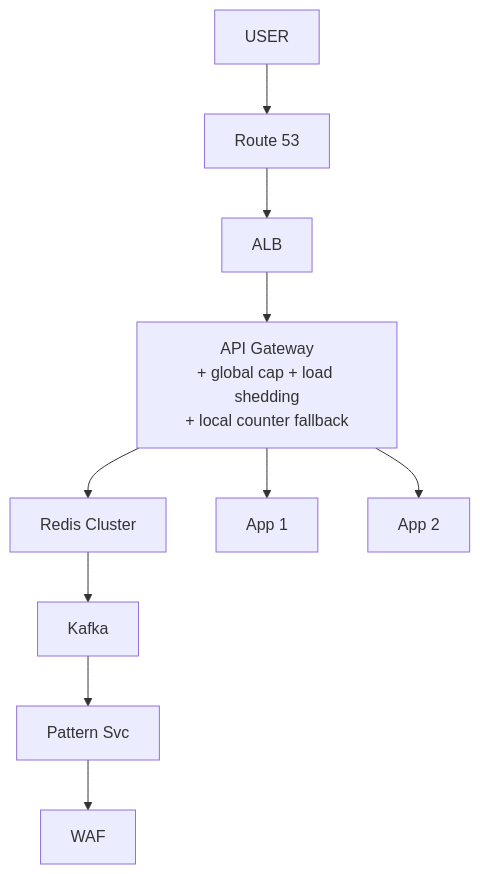
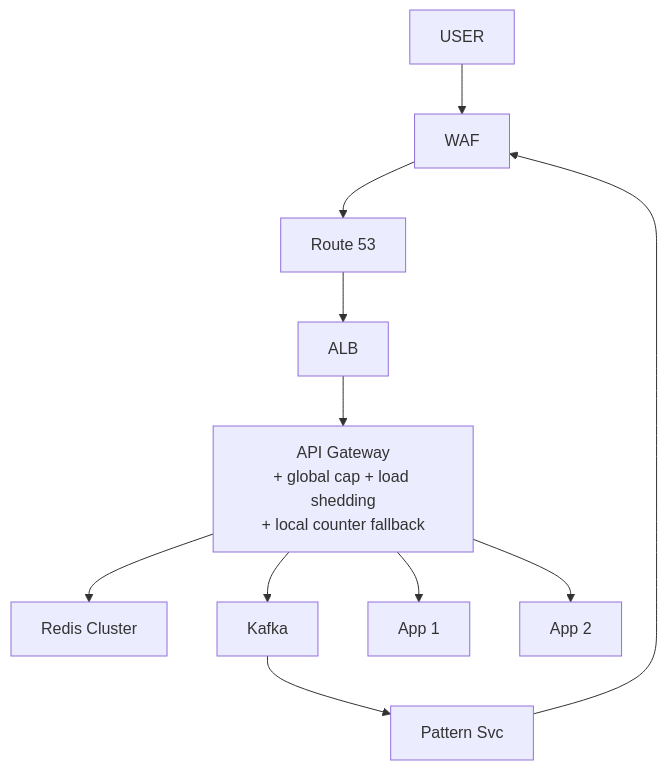
Before and after one commit to ArpanMaheshwari144/Prep: the eighth of 9 diagrams in 04_HLD/SYSTEM_DESIGNS/02_rate_limiter/02_rate_limiter.md, drawn with Mermaid. The commit also changed other lines of this file and 12 other files, not shown here.

````diff
--- a/04_HLD/SYSTEM_DESIGNS/02_rate_limiter/02_rate_limiter.md
+++ b/04_HLD/SYSTEM_DESIGNS/02_rate_limiter/02_rate_limiter.md
@@ -382,22 +384,23 @@
 ```mermaid
 flowchart TD
     n_USER["USER"]
     n_Route_53["Route 53"]
     n_ALB["ALB"]
     n_API_Gateway["API Gateway<br/>+ global cap + load shedding<br/>+ local counter fallback"]
     n_Redis_Cluster["Redis Cluster"]
     n_Kafka["Kafka"]
     n_Pattern_Svc["Pattern Svc"]
     n_WAF["WAF"]
     n_App_x_N_1["App 1"]
     n_App_x_N_2["App 2"]
-    n_USER --> n_Route_53
     n_Route_53 --> n_ALB
     n_ALB --> n_API_Gateway
     n_API_Gateway --> n_Redis_Cluster
     n_API_Gateway --> n_App_x_N_1
     n_API_Gateway --> n_App_x_N_2
-    n_Redis_Cluster --> n_Kafka
     n_Kafka --> n_Pattern_Svc
     n_Pattern_Svc --> n_WAF
+    n_API_Gateway --> n_Kafka
+    n_USER --> n_WAF
+    n_WAF --> n_Route_53
 ```
````
